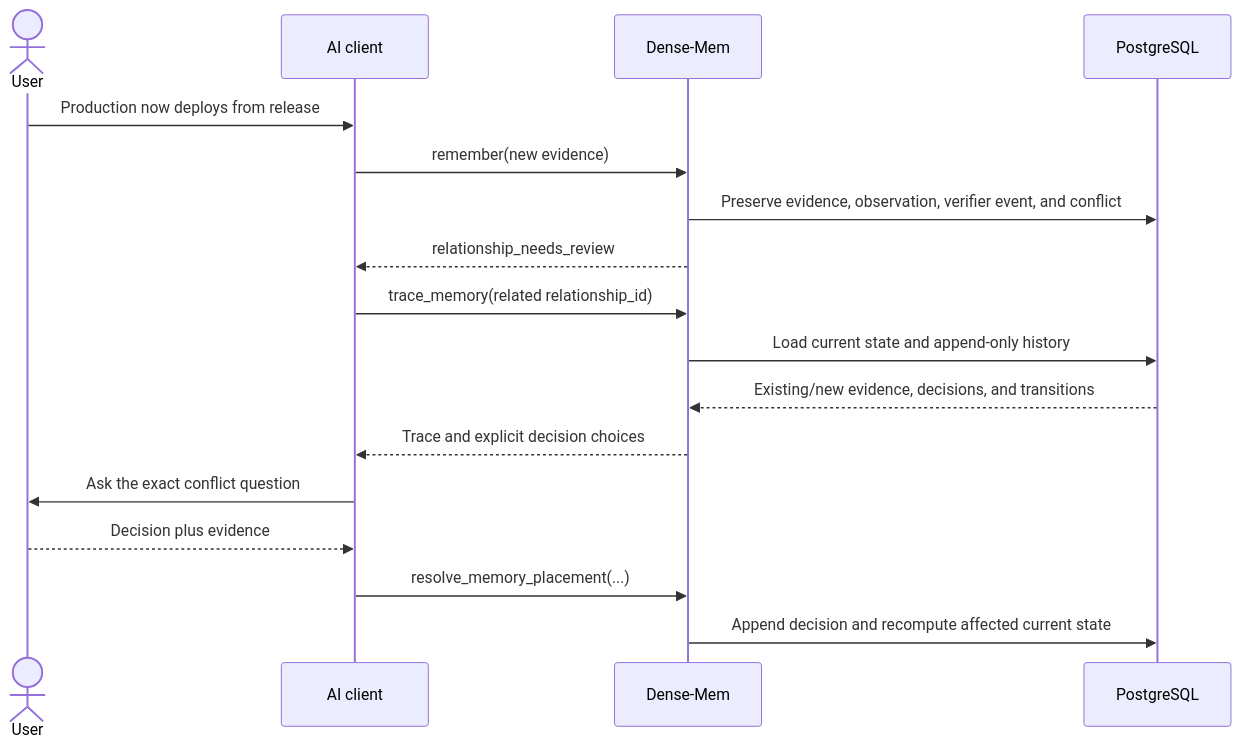
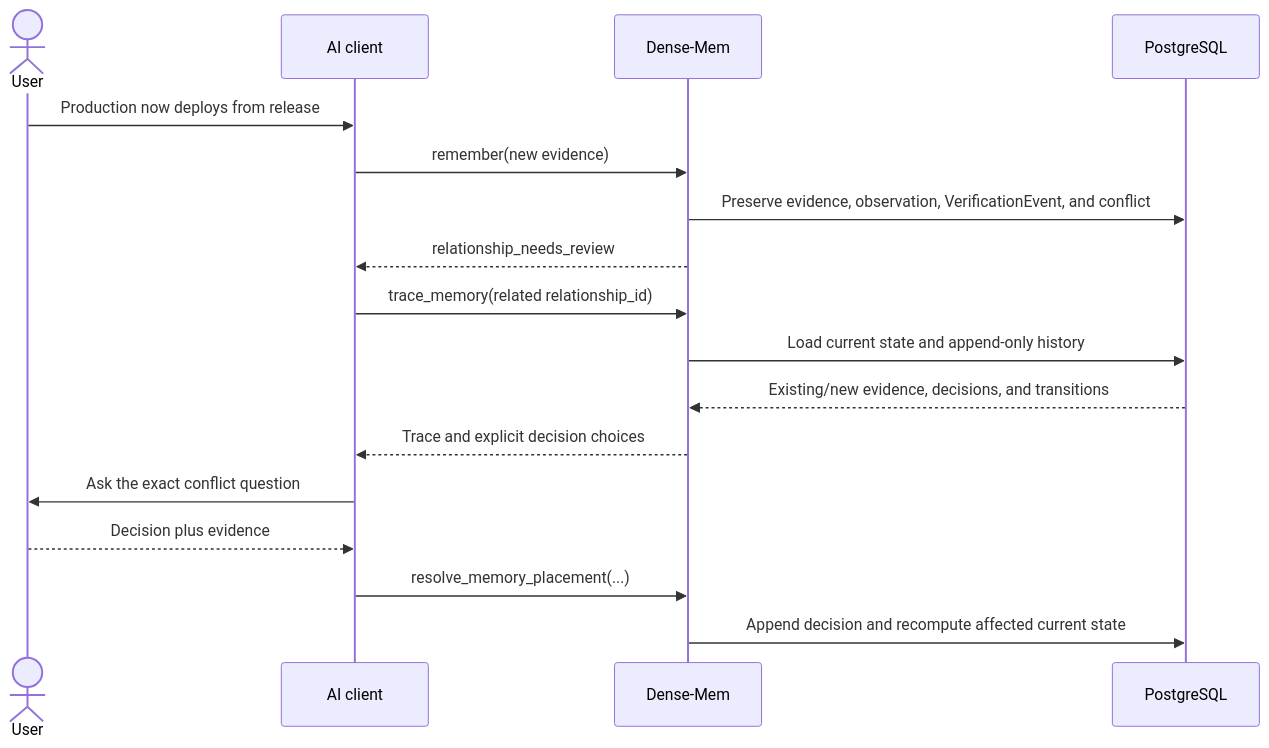
Before and after one commit to markhuangai/dense-mem: the first of 4 diagrams in Conflicts-And-Corrections.md, drawn with Mermaid. The commit also changed other lines of this file and 24 other files, not shown here.

Commit message:
Document V2.4 one-call placement architecture

````diff
--- a/Conflicts-And-Corrections.md
+++ b/Conflicts-And-Corrections.md
@@ -20,21 +20,21 @@
 ```mermaid
 %%{init: {"sequence": {"rightAngles": true}}}%%
 sequenceDiagram
   actor User
   participant Host as AI client
   participant DM as Dense-Mem
   participant PG as PostgreSQL
 
   User->>Host: Production now deploys from release
   Host->>DM: remember(new evidence)
-  DM->>PG: Preserve evidence, observation, verifier event, and conflict
+  DM->>PG: Preserve evidence, observation, VerificationEvent, and conflict
   DM-->>Host: relationship_needs_review
   Host->>DM: trace_memory(related relationship_id)
   DM->>PG: Load current state and append-only history
   PG-->>DM: Existing/new evidence, decisions, and transitions
   DM-->>Host: Trace and explicit decision choices
   Host->>User: Ask the exact conflict question
   User-->>Host: Decision plus evidence
   Host->>DM: resolve_memory_placement(...)
   DM->>PG: Append decision and recompute affected current state
 ```
````
